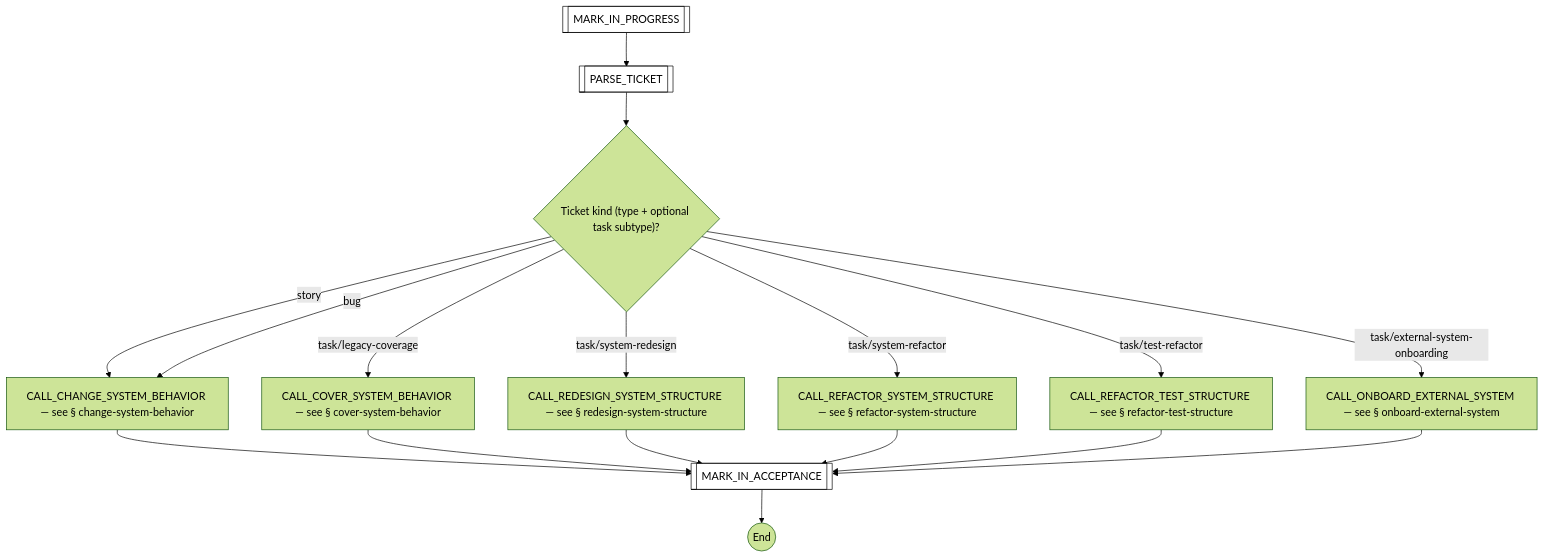
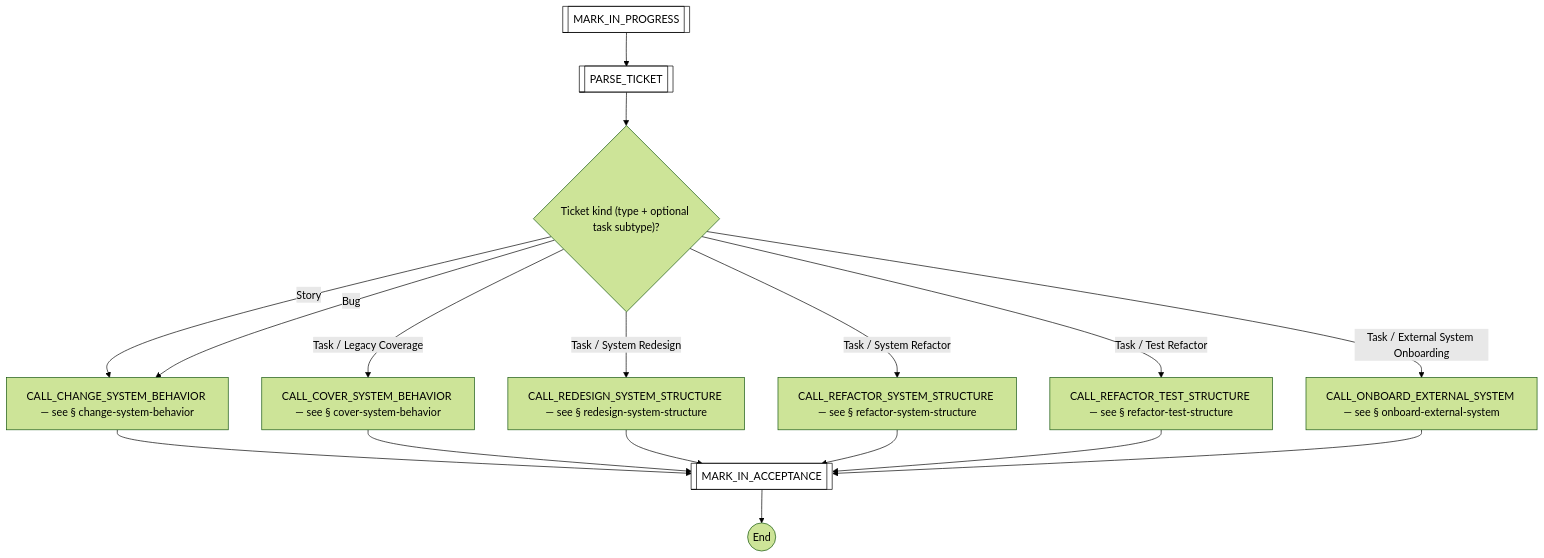
One commit to optivem/gh-optivem changed the fourth of 50 diagrams in docs/process-diagram.md. Above: the diagram before and after it, drawn with Mermaid (forest theme). The commit also changed other lines of this file and 3 other files, not shown here.

````diff
--- a/docs/process-diagram.md
+++ b/docs/process-diagram.md
@@ -77,34 +77,34 @@
 ```mermaid
 flowchart TD
     CALL_CHANGE_SYSTEM_BEHAVIOR[CALL_CHANGE_SYSTEM_BEHAVIOR — see § change-system-behavior]
     CALL_COVER_SYSTEM_BEHAVIOR[CALL_COVER_SYSTEM_BEHAVIOR — see § cover-system-behavior]
     CALL_ONBOARD_EXTERNAL_SYSTEM[CALL_ONBOARD_EXTERNAL_SYSTEM — see § onboard-external-system]
     CALL_REDESIGN_SYSTEM_STRUCTURE[CALL_REDESIGN_SYSTEM_STRUCTURE — see § redesign-system-structure]
     CALL_REFACTOR_SYSTEM_STRUCTURE[CALL_REFACTOR_SYSTEM_STRUCTURE — see § refactor-system-structure]
     CALL_REFACTOR_TEST_STRUCTURE[CALL_REFACTOR_TEST_STRUCTURE — see § refactor-test-structure]
     GATE_TICKET_KIND{"Ticket kind (type + optional task subtype)?"}
     IMPLEMENT_TICKET_END((End))
     MARK_IN_ACCEPTANCE[[MARK_IN_ACCEPTANCE]]
     MARK_IN_PROGRESS[[MARK_IN_PROGRESS]]
     PARSE_TICKET[[PARSE_TICKET]]
 
     MARK_IN_PROGRESS --> PARSE_TICKET
     PARSE_TICKET --> GATE_TICKET_KIND
-    GATE_TICKET_KIND -- story --> CALL_CHANGE_SYSTEM_BEHAVIOR
-    GATE_TICKET_KIND -- bug --> CALL_CHANGE_SYSTEM_BEHAVIOR
-    GATE_TICKET_KIND -- task/legacy-coverage --> CALL_COVER_SYSTEM_BEHAVIOR
-    GATE_TICKET_KIND -- task/system-redesign --> CALL_REDESIGN_SYSTEM_STRUCTURE
-    GATE_TICKET_KIND -- task/system-refactor --> CALL_REFACTOR_SYSTEM_STRUCTURE
-    GATE_TICKET_KIND -- task/test-refactor --> CALL_REFACTOR_TEST_STRUCTURE
-    GATE_TICKET_KIND -- task/external-system-onboarding --> CALL_ONBOARD_EXTERNAL_SYSTEM
+    GATE_TICKET_KIND -- Story --> CALL_CHANGE_SYSTEM_BEHAVIOR
+    GATE_TICKET_KIND -- Bug --> CALL_CHANGE_SYSTEM_BEHAVIOR
+    GATE_TICKET_KIND -- Task / Legacy Coverage --> CALL_COVER_SYSTEM_BEHAVIOR
+    GATE_TICKET_KIND -- Task / System Redesign --> CALL_REDESIGN_SYSTEM_STRUCTURE
+    GATE_TICKET_KIND -- Task / System Refactor --> CALL_REFACTOR_SYSTEM_STRUCTURE
+    GATE_TICKET_KIND -- Task / Test Refactor --> CALL_REFACTOR_TEST_STRUCTURE
+    GATE_TICKET_KIND -- Task / External System Onboarding --> CALL_ONBOARD_EXTERNAL_SYSTEM
     CALL_CHANGE_SYSTEM_BEHAVIOR --> MARK_IN_ACCEPTANCE
     CALL_COVER_SYSTEM_BEHAVIOR --> MARK_IN_ACCEPTANCE
     CALL_REDESIGN_SYSTEM_STRUCTURE --> MARK_IN_ACCEPTANCE
     CALL_REFACTOR_SYSTEM_STRUCTURE --> MARK_IN_ACCEPTANCE
     CALL_REFACTOR_TEST_STRUCTURE --> MARK_IN_ACCEPTANCE
     CALL_ONBOARD_EXTERNAL_SYSTEM --> MARK_IN_ACCEPTANCE
     MARK_IN_ACCEPTANCE --> IMPLEMENT_TICKET_END
 
     classDef serviceNode fill:#ffffff,stroke:#000000,stroke-width:1px,color:#000000
     class MARK_IN_ACCEPTANCE,MARK_IN_PROGRESS,PARSE_TICKET serviceNode
 ```
````
